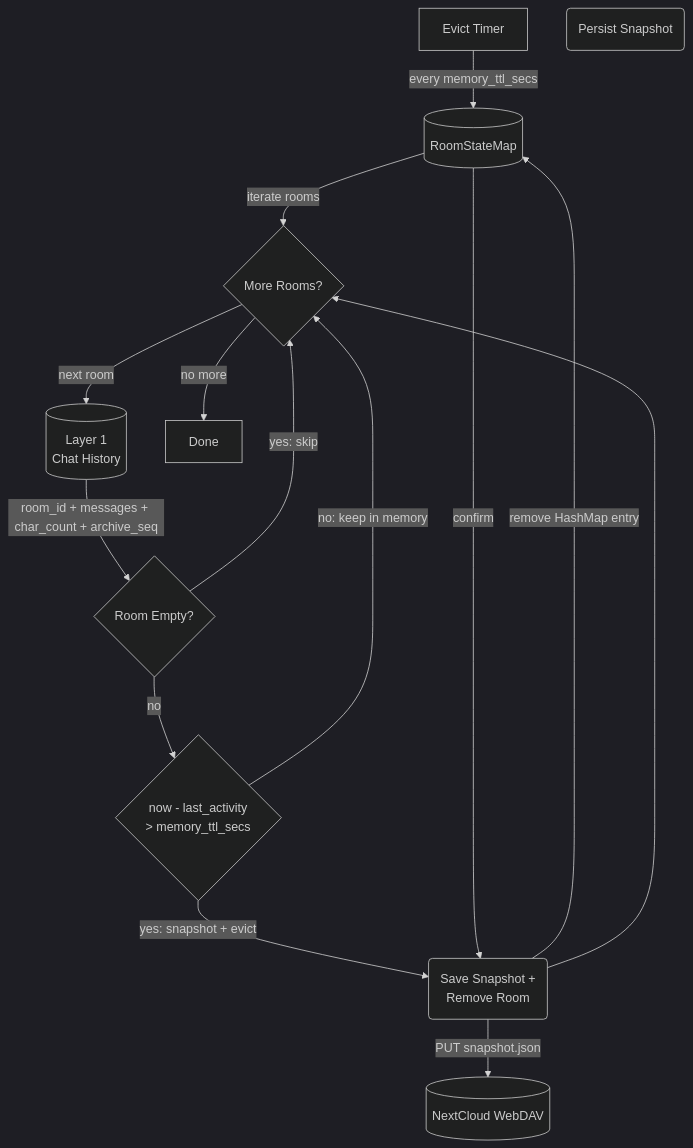
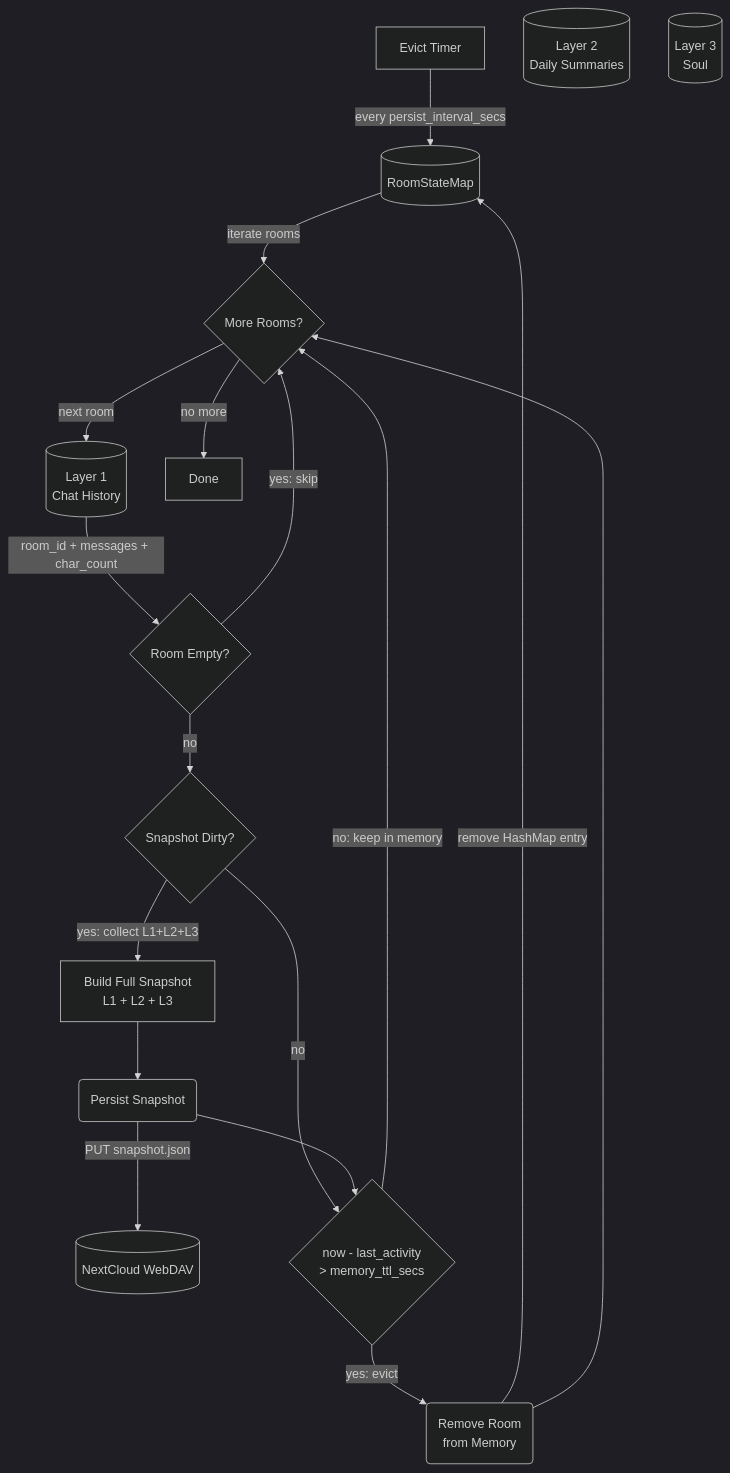
The third of 7 diagrams in _dfds/base/memory.md (cosmoswafer/rockbot), drawn with Mermaid (dark theme) before and after one commit. The commit also changed other lines of this file and 5 other files, not shown here.

First line of the commit message:
remove legacy 000001_memory.json format and add three-layer snapshot cache design

````diff
--- a/_dfds/base/memory.md
+++ b/_dfds/base/memory.md
@@ -117,27 +126,34 @@
 ```mermaid
 flowchart TD
     TIMER[Evict Timer]
     L1[(Layer 1<br/>Chat History)]
+    L2[(Layer 2<br/>Daily Summaries)]
+    L3[(Layer 3<br/>Soul)]
     WEBDAV[(NextCloud WebDAV)]
     LOAD_ROOM{More Rooms?}
     EMPTY{Room Empty?}
+    DIRTY{Snapshot Dirty?}
+    BUILD[Build Full Snapshot<br/>L1 + L2 + L3]
     PERSIST(Persist Snapshot)
     STALE{"now - last_activity<br/>> memory_ttl_secs"}
-    EVICT(Save Snapshot +<br/>Remove Room)
+    EVICT(Remove Room<br/>from Memory)
     ROOMS[(RoomStateMap)]
     DONE[Done]
 
-    TIMER -->|"every memory_ttl_secs"| ROOMS
+    TIMER -->|"every persist_interval_secs"| ROOMS
     ROOMS -->|"iterate rooms"| LOAD_ROOM
     LOAD_ROOM -->|"next room"| L1
     LOAD_ROOM -->|"no more"| DONE
-    L1 -->|"room_id + messages + char_count + archive_seq"| EMPTY
-    EMPTY -->|"no"| STALE
+    L1 -->|"room_id + messages + char_count"| EMPTY
+    EMPTY -->|"no"| DIRTY
     EMPTY -->|"yes: skip"| LOAD_ROOM
-    STALE -->|"yes: snapshot + evict"| EVICT
+    DIRTY -->|"yes: collect L1+L2+L3"| BUILD
+    DIRTY -->|"no"| STALE
+    BUILD --> PERSIST
+    PERSIST -->|"PUT snapshot.json"| WEBDAV
+    PERSIST --> STALE
+    STALE -->|"yes: evict"| EVICT
     STALE -->|"no: keep in memory"| LOAD_ROOM
-    EVICT -->|"PUT snapshot.json"| WEBDAV
     EVICT -->|"remove HashMap entry"| ROOMS
-    ROOMS -->|"confirm"| EVICT
     EVICT --> LOAD_ROOM
 ```
````
